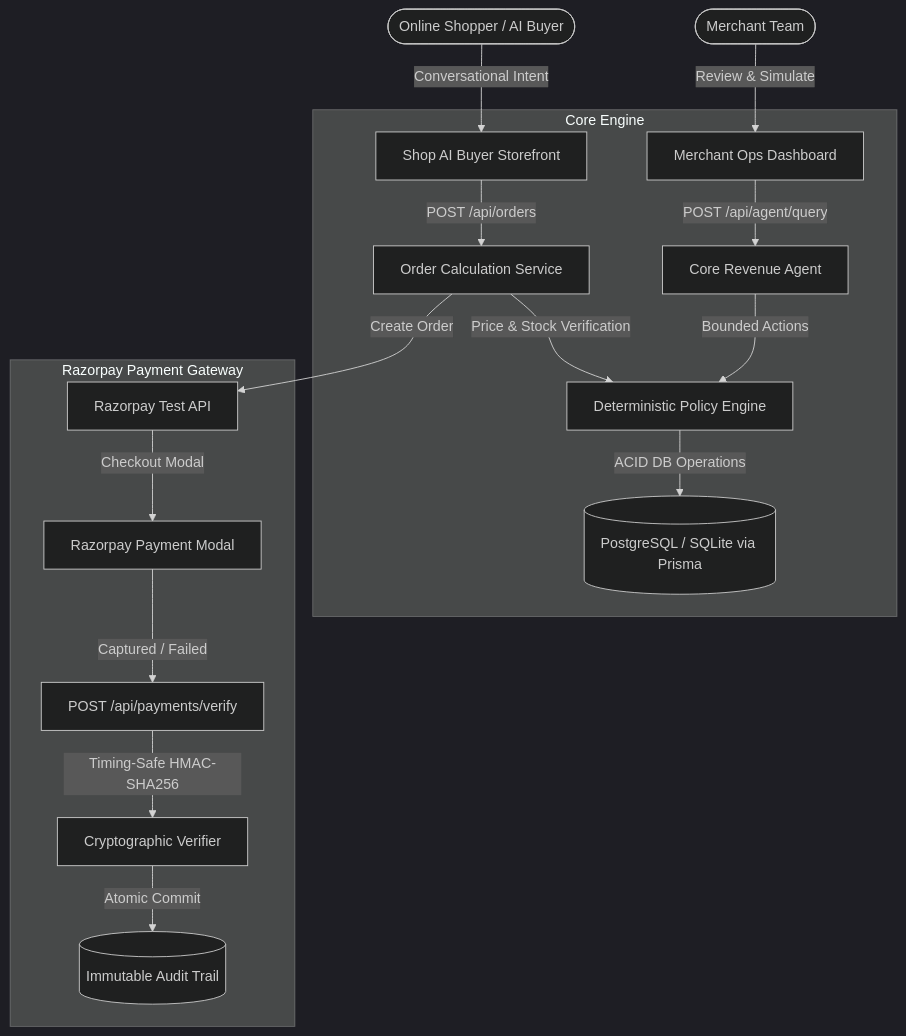
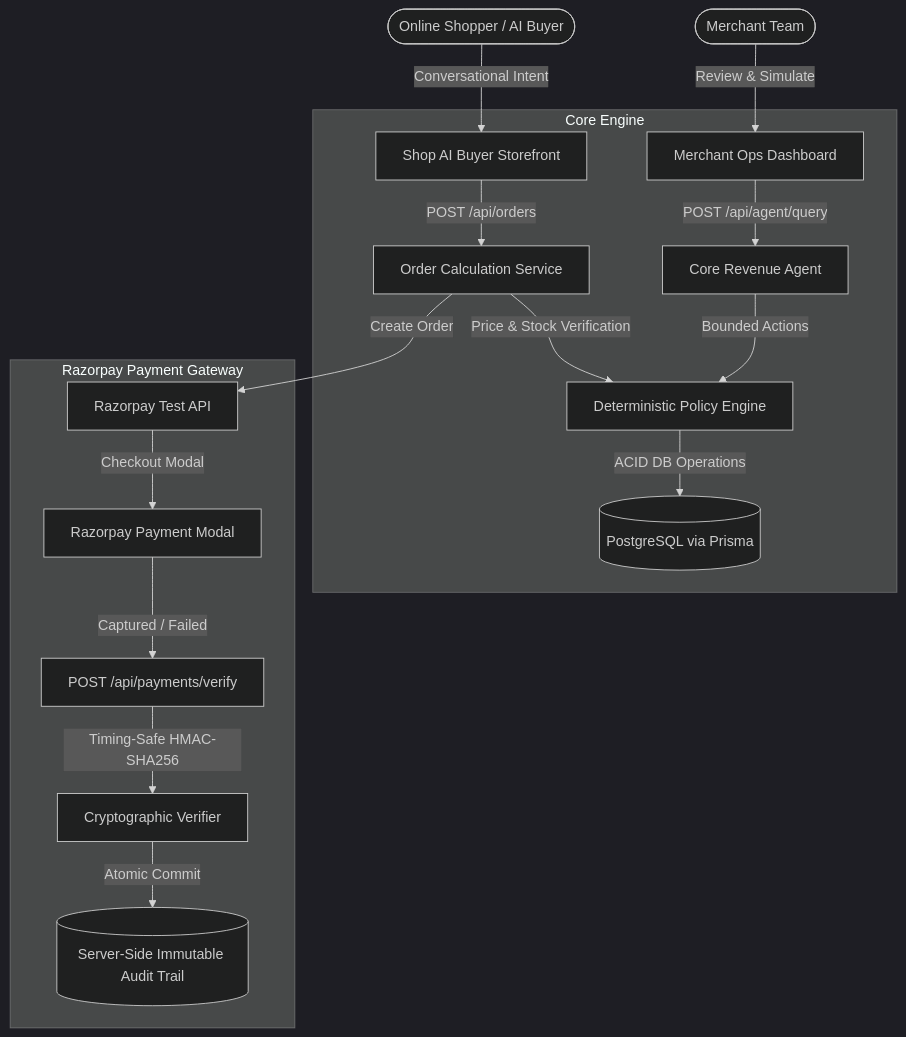
Before and after one commit to RAj26-luj/rayflow: the diagram in README.md, drawn with Mermaid (dark theme). The commit also changed other lines of this file and 3 other files, not shown here.

````diff
--- a/README.md
+++ b/README.md
@@ -29,23 +31,23 @@
 ```mermaid
 graph TD
     User([Online Shopper / AI Buyer]) -->|Conversational Intent| ShopUI[Shop AI Buyer Storefront]
     MerchantAdmin([Merchant Team]) -->|Review & Simulate| DashUI[Merchant Ops Dashboard]
     
     subgraph Core Engine
         ShopUI -->|POST /api/orders| OrderSvc[Order Calculation Service]
         DashUI -->|POST /api/agent/query| AgentOrch[Core Revenue Agent]
         
         AgentOrch -->|Bounded Actions| PolicyEng[Deterministic Policy Engine]
         OrderSvc -->|Price & Stock Verification| PolicyEng
         
-        PolicyEng -->|ACID DB Operations| PrismaORM[(PostgreSQL / SQLite via Prisma)]
+        PolicyEng -->|ACID DB Operations| PrismaORM[(PostgreSQL via Prisma)]
     end
     
     subgraph Razorpay Payment Gateway
         OrderSvc -->|Create Order| RZPApi[Razorpay Test API]
         RZPApi -->|Checkout Modal| RZPModal[Razorpay Payment Modal]
         RZPModal -->|Captured / Failed| PaymentVerify[POST /api/payments/verify]
         PaymentVerify -->|Timing-Safe HMAC-SHA256| SigCheck[Cryptographic Verifier]
-        SigCheck -->|Atomic Commit| AuditLog[(Immutable Audit Trail)]
+        SigCheck -->|Atomic Commit| AuditLog[(Server-Side Immutable Audit Trail)]
     end
 ```
````
